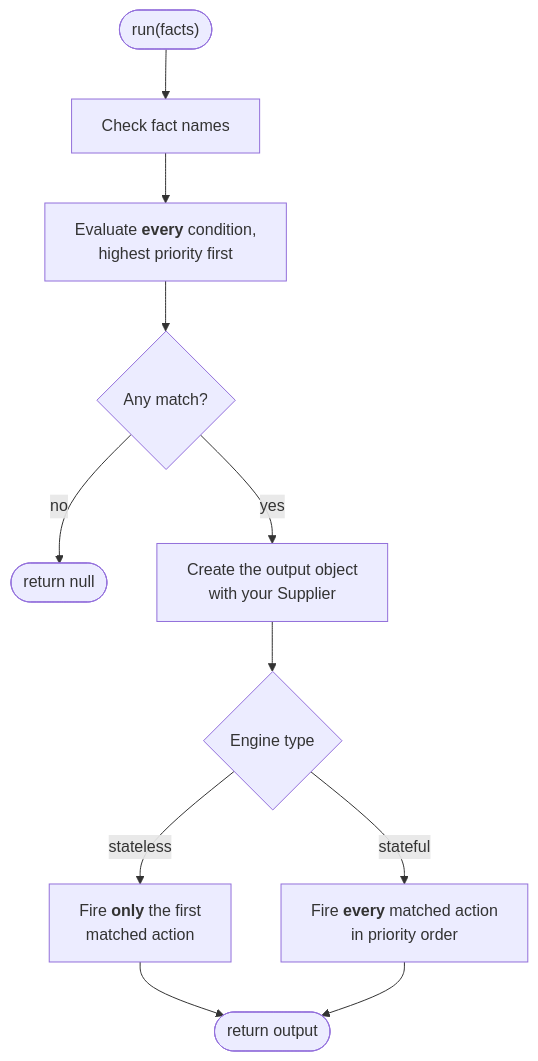
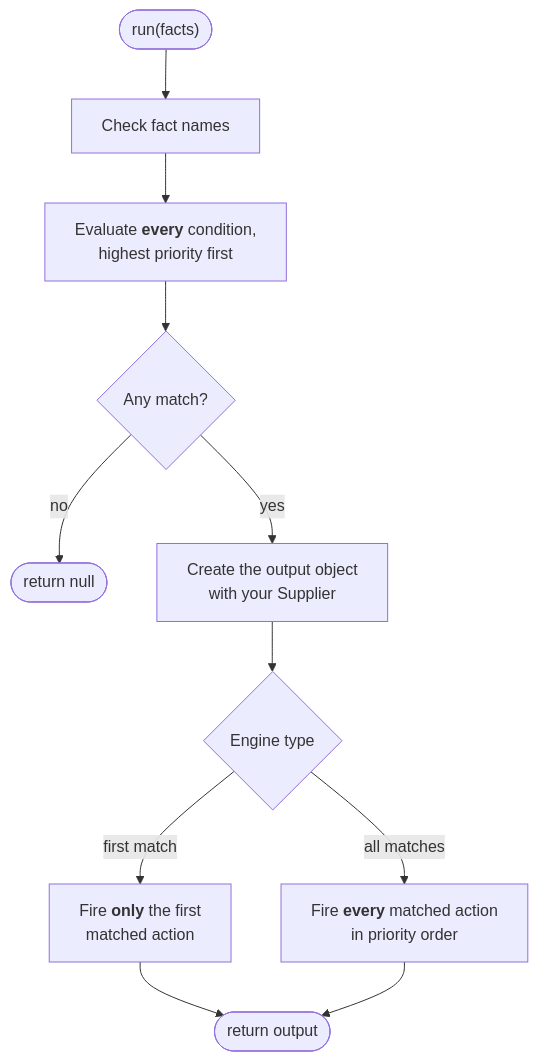
The second of 2 diagrams in README.md (brantunger/unruly-engine), drawn with Mermaid before and after one commit. The commit also changed other lines of this file and 112 other files, not shown here.

Commit message:
feat!: configure engines on a builder, choose a default language, and rename stateless, stateful and setRuleList (#324)

````diff
--- a/README.md
+++ b/README.md
@@ -198,13 +199,13 @@
 ```mermaid
 flowchart TD
     A(["run(facts)"]) --> B["Check fact names"]
     B --> C["Evaluate <b>every</b> condition,<br/>highest priority first"]
     C --> D{"Any match?"}
     D -- no --> N(["return null"])
     D -- yes --> E["Create the output object<br/>with your Supplier"]
     E --> F{"Engine type"}
-    F -- stateless --> G["Fire <b>only</b> the first<br/>matched action"]
-    F -- stateful --> H["Fire <b>every</b> matched action<br/>in priority order"]
+    F -- first match --> G["Fire <b>only</b> the first<br/>matched action"]
+    F -- all matches --> H["Fire <b>every</b> matched action<br/>in priority order"]
     G --> R(["return output"])
     H --> R
 ```
````
